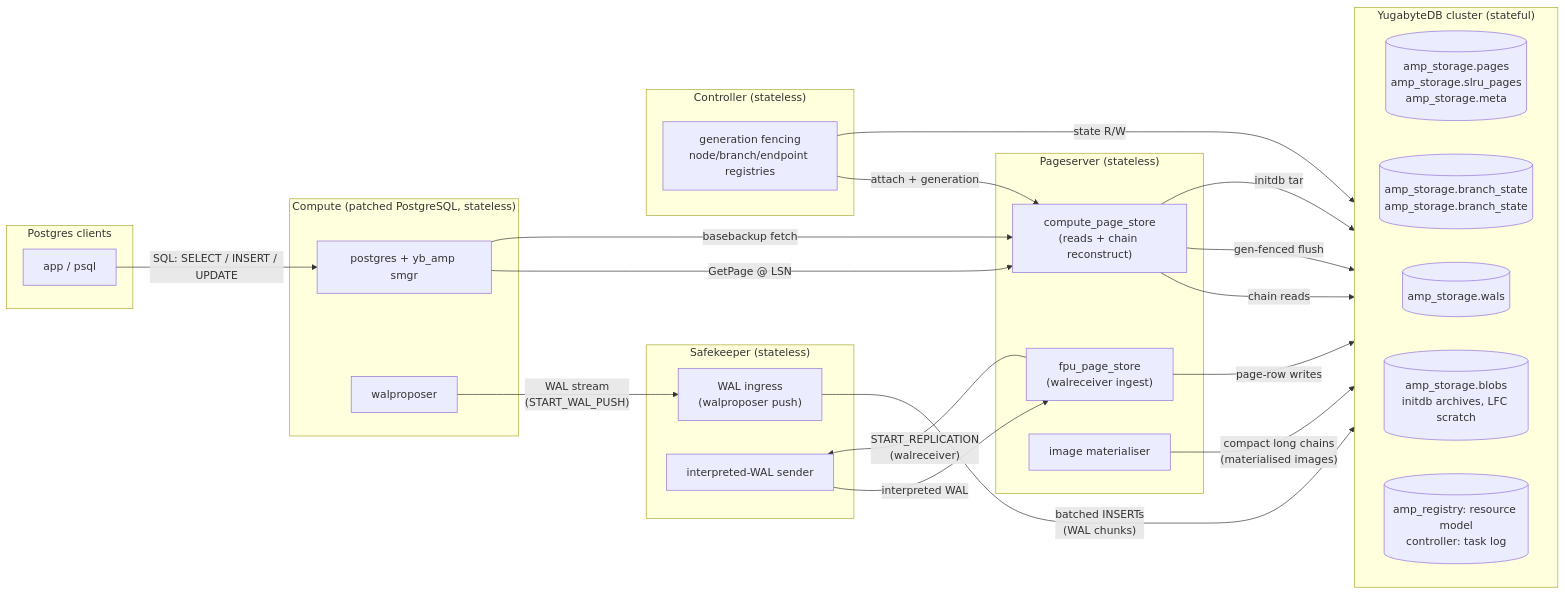
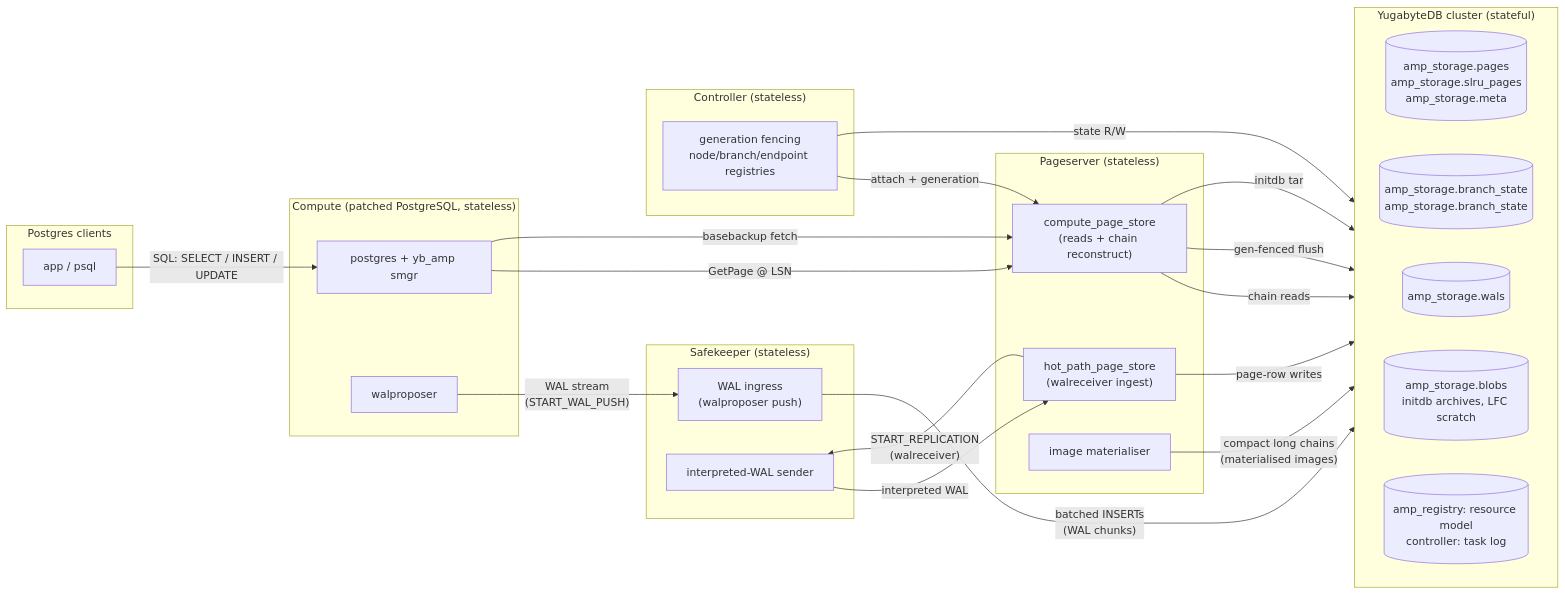
Before and after one commit to yugabyte/meko: the diagram in amp/compute/architecture/high-level.md, drawn with Mermaid. The commit also changed other lines of this file and 8 other files, not shown here.

First line of the commit message:
compute: pageserver: rename fpu_page_store to hot_path_page_store (#1044)

````diff
--- a/amp/compute/architecture/high-level.md
+++ b/amp/compute/architecture/high-level.md
@@ -12,50 +12,50 @@
 ```mermaid
 flowchart LR
     subgraph clients["Postgres clients"]
         app["app / psql"]
     end
 
     subgraph compute["Compute (patched PostgreSQL, stateless)"]
         pg["postgres + yb_amp smgr"]
         wp["walproposer"]
     end
 
     subgraph sk["Safekeeper (stateless)"]
         skp["WAL ingress<br/>(walproposer push)"]
         sks["interpreted-WAL sender"]
     end
 
     subgraph ps["Pageserver (stateless)"]
         cps["compute_page_store<br/>(reads + chain reconstruct)"]
-        fps["fpu_page_store<br/>(walreceiver ingest)"]
+        fps["hot_path_page_store<br/>(walreceiver ingest)"]
         mat["image materialiser"]
     end
 
     subgraph sc["Controller (stateless)"]
         sct["generation fencing<br/>node/branch/endpoint registries"]
     end
 
     subgraph yb["YugabyteDB cluster (stateful)"]
         direction LR
         tblPages[("amp_storage.pages<br/>amp_storage.slru_pages<br/>amp_storage.meta")]
         tblState[("amp_storage.branch_state<br/>amp_storage.branch_state")]
         tblWal[("amp_storage.wals")]
         tblBlob[("amp_storage.blobs<br/>initdb archives, LFC scratch")]
         tblSc[("amp_registry: resource model<br/>controller: task log")]
     end
 
     app -- "SQL: SELECT / INSERT / UPDATE" --> pg
     pg -- "GetPage @ LSN" --> cps
     wp -- "WAL stream<br/>(START_WAL_PUSH)" --> skp
     skp -- "batched INSERTs<br/>(WAL chunks)" --> tblWal
     fps -- "START_REPLICATION<br/>(walreceiver)" --> sks
     sks -- "interpreted WAL" --> fps
     cps -- "chain reads" --> tblPages
     fps -- "page-row writes" --> tblPages
     mat -- "compact long chains<br/>(materialised images)" --> tblPages
     cps -- "gen-fenced flush" --> tblState
     sct -- "attach + generation" --> cps
     sct -- "state R/W" --> tblSc
     cps -- "initdb tar" --> tblBlob
     pg -- "basebackup fetch" --> cps
 ```
````
